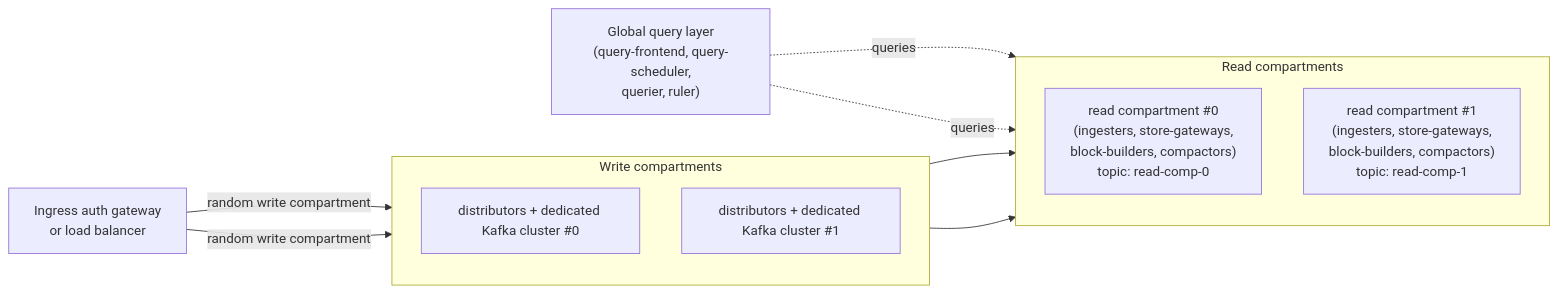
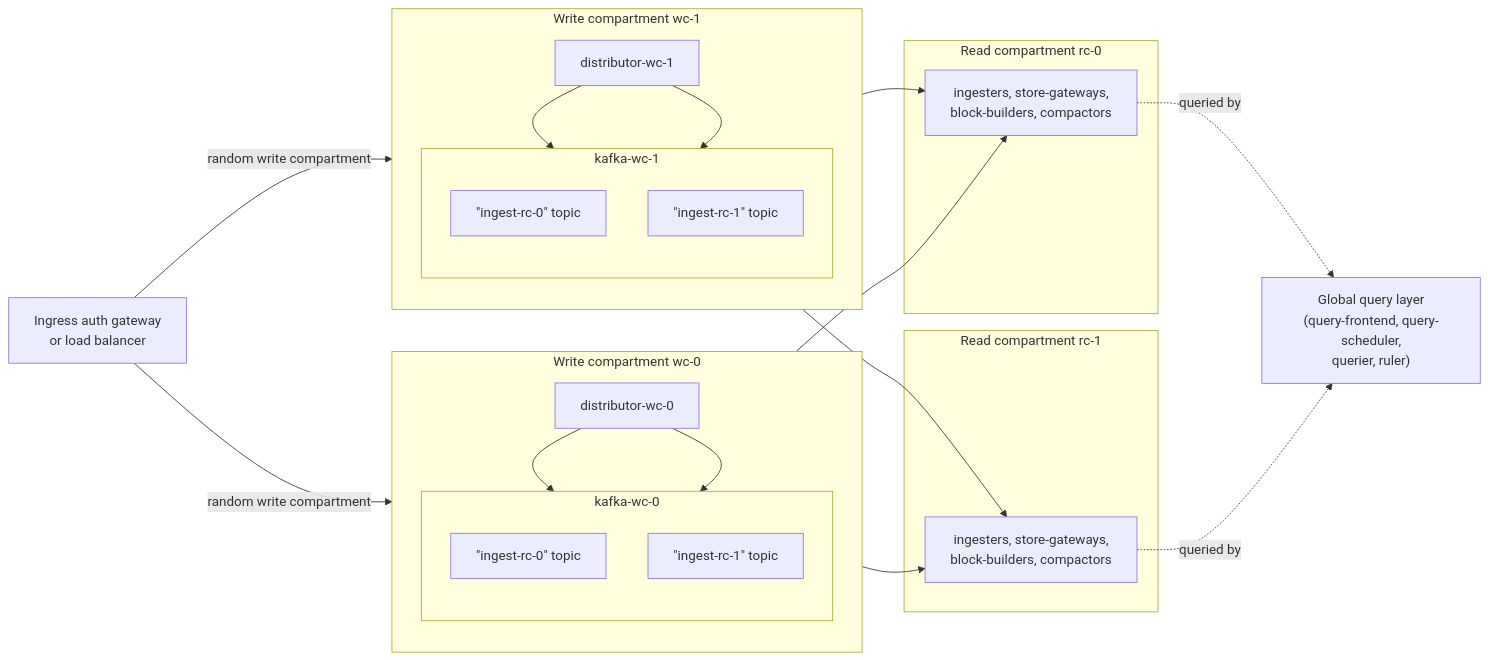
One commit to grafana/mimir changed the diagram in docs/internal/compartments/README.md. Above: the diagram before and after it, drawn with Mermaid. The commit also changed other lines of this file and 2 other files, not shown here.

Commit message:
Compartments: clarify Kafka topology in architecture diagram
The architecture diagram did not make clear that there is one Kafka cluster per write compartment, and one topic per read compartment within each cluster. Rework the overall-architecture diagram to show each write compartment's distributors plus its dedicated Kafka cluster holding one topic per read compartment, and the cross-cluster consume fan-in into each read compartment. Adopt the wc-<id> / rc-<id> naming conventions consistently and document them in a new naming.md.

````diff
--- a/docs/internal/compartments/README.md
+++ b/docs/internal/compartments/README.md
@@ -59,25 +62,48 @@
 ```mermaid
 flowchart LR
     GW["Ingress auth gateway<br/>or load balancer"]
 
-    subgraph WC["Write compartments"]
+    subgraph WC0["Write compartment wc-0"]
         direction TB
-        WC0["distributors + dedicated Kafka cluster #0"]
-        WC1["distributors + dedicated Kafka cluster #1"]
+        D0["distributor-wc-0"]
+        subgraph K0["kafka-wc-0"]
+            direction TB
+            K0T0["&quot;ingest-rc-0&quot; topic"]
+            K0T1["&quot;ingest-rc-1&quot; topic"]
+        end
+        D0 --> K0T0
+        D0 --> K0T1
     end
 
-    subgraph RC["Read compartments"]
+    subgraph WC1["Write compartment wc-1"]
         direction TB
-        RC0["read compartment #0<br/>(ingesters, store-gateways,<br/>block-builders, compactors)<br/>topic: read-comp-0"]
-        RC1["read compartment #1<br/>(ingesters, store-gateways,<br/>block-builders, compactors)<br/>topic: read-comp-1"]
+        D1["distributor-wc-1"]
+        subgraph K1["kafka-wc-1"]
+            direction TB
+            K1T0["&quot;ingest-rc-0&quot; topic"]
+            K1T1["&quot;ingest-rc-1&quot; topic"]
+        end
+        D1 --> K1T0
+        D1 --> K1T1
+    end
+
+    subgraph RC0["Read compartment rc-0"]
+        RC0C["ingesters, store-gateways,<br/>block-builders, compactors"]
+    end
+    subgraph RC1["Read compartment rc-1"]
+        RC1C["ingesters, store-gateways,<br/>block-builders, compactors"]
     end
 
     QL["Global query layer<br/>(query-frontend, query-scheduler,<br/>querier, ruler)"]
 
-    GW -->|random write compartment| WC0
-    GW -->|random write compartment| WC1
-    WC --> RC0
-    WC --> RC1
-    QL -.queries.-> RC0
-    QL -.queries.-> RC1
+    GW -->|random write compartment| D0
+    GW -->|random write compartment| D1
+
+    K0T0 --> RC0C
+    K1T0 --> RC0C
+    K0T1 --> RC1C
+    K1T1 --> RC1C
+
+    RC0C -.->|queried by| QL
+    RC1C -.->|queried by| QL
 ```
````
